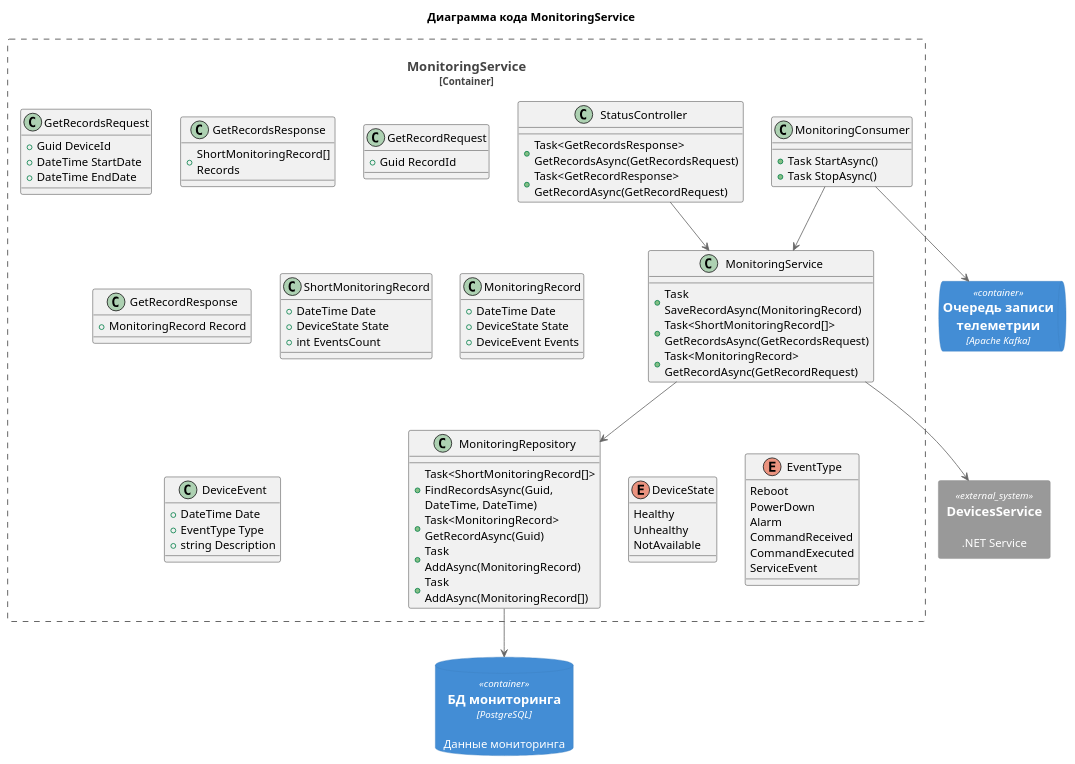
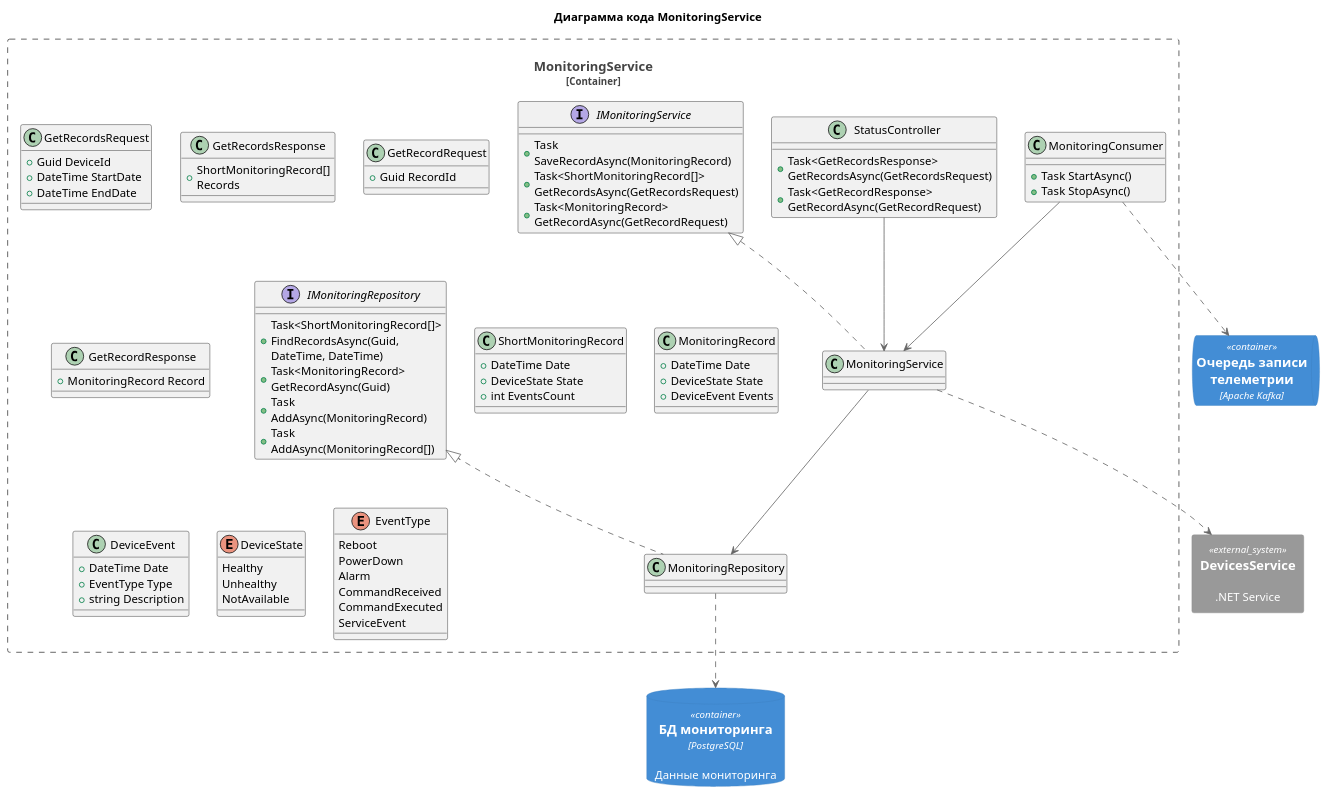
One commit to egorbos-practicum/architecture-warmhouse changed the diagram in diagrams/monitoring-service-code-diagram.puml. Above: the diagram before and after it, drawn with PlantUML. The commit also changed 2 other files, not shown here.

Commit message:
Добавляет диаграмму связи сущностей

```diff
--- a/diagrams/monitoring-service-code-diagram.puml
+++ b/diagrams/monitoring-service-code-diagram.puml
@@ -1,97 +1,106 @@
 @startuml
 !include <C4/C4_Container>
 
 allow_mixing
 
 title Диаграмма кода MonitoringService
 
 Container_Boundary(MonitoringServiceContainer, "MonitoringService") {
     class StatusController {
         + Task<GetRecordsResponse> GetRecordsAsync(GetRecordsRequest)
         + Task<GetRecordResponse> GetRecordAsync(GetRecordRequest)
     }
 
-    class MonitoringService {
+    interface IMonitoringService {
         + Task SaveRecordAsync(MonitoringRecord)
         + Task<ShortMonitoringRecord[]> GetRecordsAsync(GetRecordsRequest)
         + Task<MonitoringRecord> GetRecordAsync(GetRecordRequest)
     }
 
-    class MonitoringRepository {
+    class MonitoringService {
+    }
+
+    interface IMonitoringRepository {
         + Task<ShortMonitoringRecord[]> FindRecordsAsync(Guid, DateTime, DateTime)
         + Task<MonitoringRecord> GetRecordAsync(Guid)
         + Task AddAsync(MonitoringRecord)
         + Task AddAsync(MonitoringRecord[])
+    }
+
+    class MonitoringRepository {
     }
 
     class MonitoringConsumer {
         + Task StartAsync()
         + Task StopAsync()
     }
 
     class GetRecordsRequest {
         + Guid DeviceId
         + DateTime StartDate
         + DateTime EndDate
     }
 
     class GetRecordsResponse {
         + ShortMonitoringRecord[] Records
     }
 
     class GetRecordRequest {
         + Guid RecordId
     }
 
     class GetRecordResponse {
         + MonitoringRecord Record
     }
 
     class ShortMonitoringRecord {
         + DateTime Date
         + DeviceState State
         + int EventsCount
     }
 
     class MonitoringRecord {
         + DateTime Date
         + DeviceState State
         + DeviceEvent Events
     }
 
     class DeviceEvent {
         + DateTime Date
         + EventType Type
         + string Description
     }
 
     enum DeviceState {
         Healthy
         Unhealthy
         NotAvailable
     }
 
     enum EventType {
         Reboot
         PowerDown
         Alarm
         CommandReceived
         CommandExecuted
         ServiceEvent
     }
 
+    IMonitoringService <|.. MonitoringService
+    IMonitoringRepository <|.. MonitoringRepository
+
     StatusController --> MonitoringService
     MonitoringConsumer --> MonitoringService
     MonitoringService --> MonitoringRepository
 }
 
     System_Ext(DevicesService, "DevicesService", ".NET Service")
 
     ContainerDb(MonitoringDatabase, "БД мониторинга", "PostgreSQL", "Данные мониторинга")
     ContainerQueue(MonitoringQueue, "Очередь записи телеметрии", "Apache Kafka")
 
-    MonitoringService --> DevicesService
-    MonitoringRepository --> MonitoringDatabase
-    MonitoringConsumer --> MonitoringQueue
+    MonitoringService ..> DevicesService
+    MonitoringRepository ..> MonitoringDatabase
+    MonitoringConsumer ..> MonitoringQueue
 
 @enduml
```
